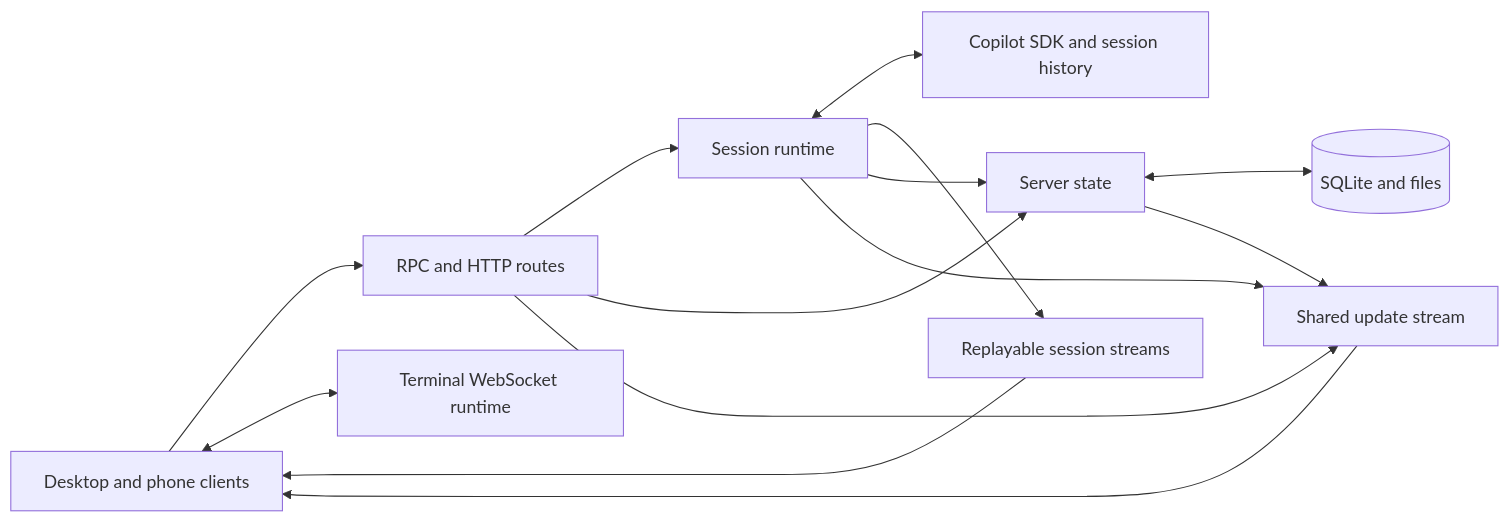
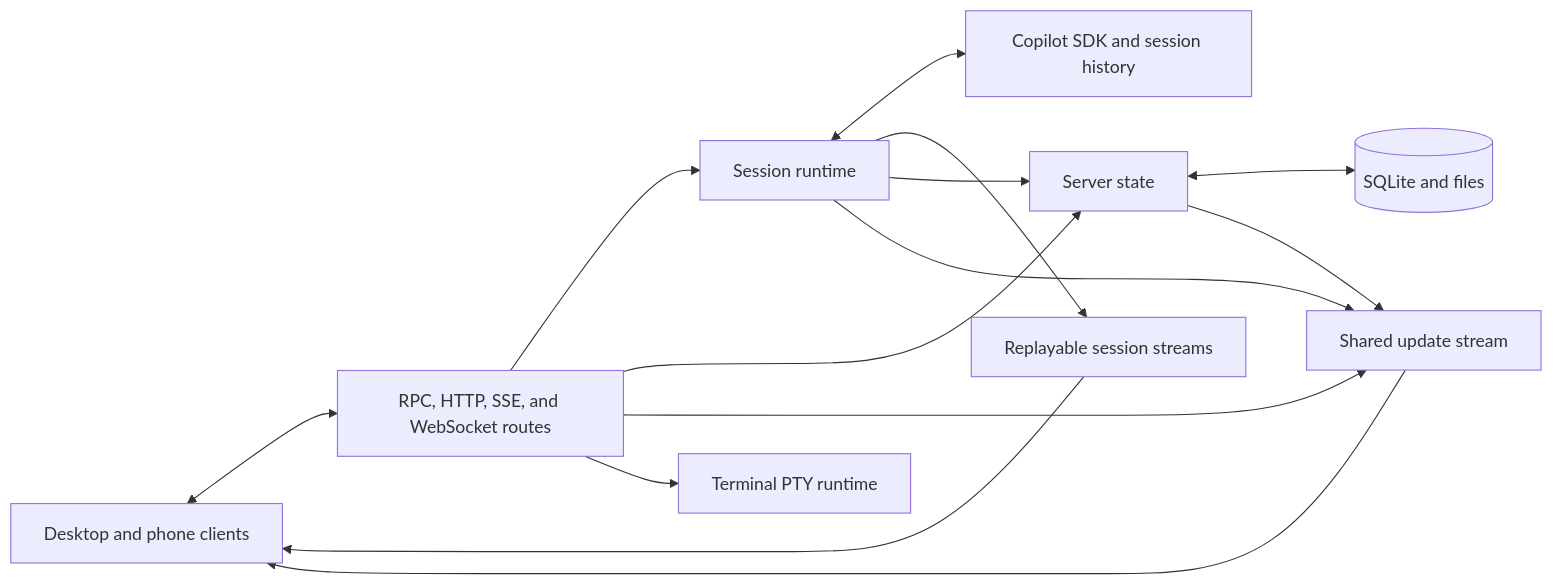
Before and after one commit to lostintangent/toy-box: the diagram in AGENTS.md, drawn with Mermaid. The commit also changed other lines of this file and 293 other files, not shown here.

````diff
--- a/AGENTS.md
+++ b/AGENTS.md
@@ -13,16 +15,16 @@
 ```mermaid
 flowchart LR
-    Clients[Desktop and phone clients] --> API[RPC and HTTP routes]
+    Clients[Desktop and phone clients] <--> API[RPC, HTTP, SSE, and WebSocket routes]
     API --> Runtime[Session runtime]
     Runtime <--> SDK[Copilot SDK and session history]
     Runtime --> Streams[Replayable session streams]
     Streams --> Clients
     API --> State[Server state]
     Runtime --> State
     State <--> Database[(SQLite and files)]
     API --> Updates[Shared update stream]
     Runtime --> Updates
     State --> Updates
     Updates --> Clients
-    Clients <--> Terminal[Terminal WebSocket runtime]
+    API --> Terminal[Terminal PTY runtime]
 ```
````
